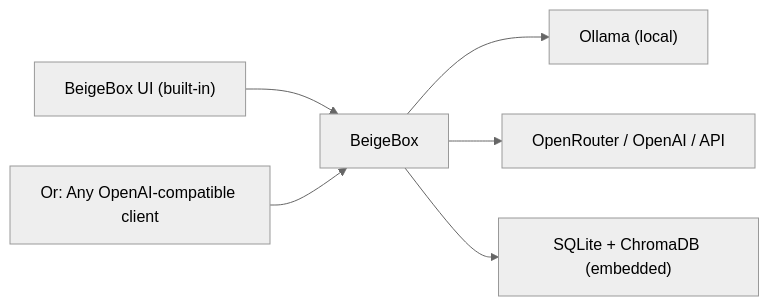
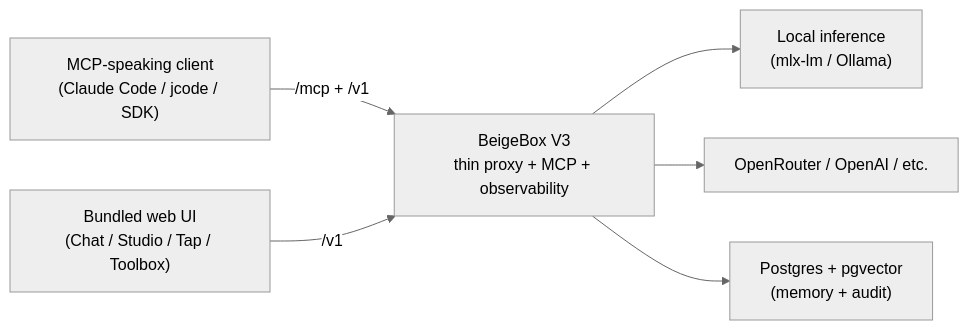
The diagram in README.md (RALaBarge/beigebox-security), drawn with Mermaid (neutral theme) before and after one commit. The commit also changed other lines of this file and 3 other files, not shown here.

First line of the commit message:
docs: rewrite README + add V3.md changelog + refresh INDEX/architecture

````diff
--- a/README.md
+++ b/README.md
@@ -9,15 +16,15 @@
 ```mermaid
 flowchart LR
-  UI["BeigeBox UI (built-in)"]
-  FE["Or: Any OpenAI-compatible client"]
-  BB["BeigeBox"]
-  LM["Ollama (local)"]
-  EP["OpenRouter / OpenAI / API"]
-  DB["SQLite + ChromaDB (embedded)"]
+  C["MCP-speaking client<br/>(Claude Code / jcode / SDK)"]
+  UI["Bundled web UI<br/>(Chat / Studio / Tap / Toolbox)"]
+  BB["BeigeBox V3<br/>thin proxy + MCP + observability"]
+  M1["Local inference<br/>(mlx-lm / Ollama)"]
+  OR["OpenRouter / OpenAI / etc."]
+  PG["Postgres + pgvector<br/>(memory + audit)"]
 
-  UI --> BB
-  FE --> BB
-  BB --> LM
-  BB --> EP
-  BB --> DB
+  C  -- "/mcp + /v1" --> BB
+  UI -- /v1            --> BB
+  BB --> M1
+  BB --> OR
+  BB --> PG
 ```
````
